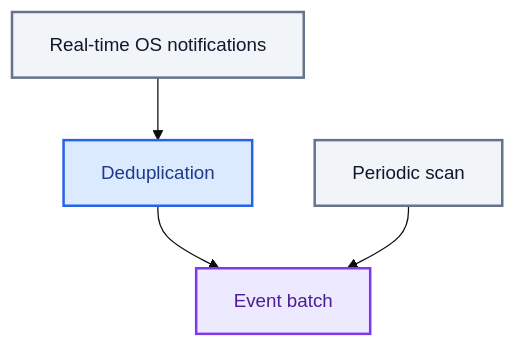
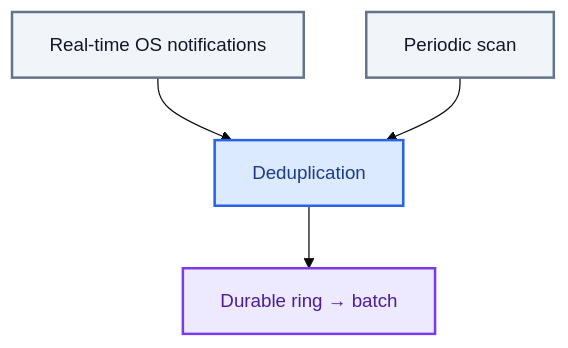
One commit to TrustEdgeOrg/TrustEdge-Agent changed the second of 3 diagrams in docs/architecture.md. Above: the diagram before and after it, drawn with Mermaid. The commit also changed other lines of this file, not shown here.

First line of the commit message:
Refresh architecture docs for the durable ring and pipeline stages.

````diff
--- a/docs/architecture.md
+++ b/docs/architecture.md
@@ -96,19 +112,19 @@
 ```mermaid
 %%{init: {'theme': 'base', 'themeVariables': {'fontSize': '15px', 'fontFamily': 'arial'}}}%%
 flowchart TB
     RT["Real-time OS notifications"]
     POLL["Periodic scan"]
     DEDUP["Deduplication"]
-    OUT["Event batch"]
+    OUT["Durable ring → batch"]
 
     RT --> DEDUP --> OUT
-    POLL --> OUT
+    POLL --> DEDUP
 
     classDef rt fill:#F1F5F9,stroke:#64748B,stroke-width:2px,color:#0F172A
     classDef dedup fill:#DBEAFE,stroke:#2563EB,stroke-width:2px,color:#1E3A8A
     classDef out fill:#EDE9FE,stroke:#7C3AED,stroke-width:2px,color:#4C1D95
 
     class RT,POLL rt
     class DEDUP dedup
     class OUT out
 ```
````
